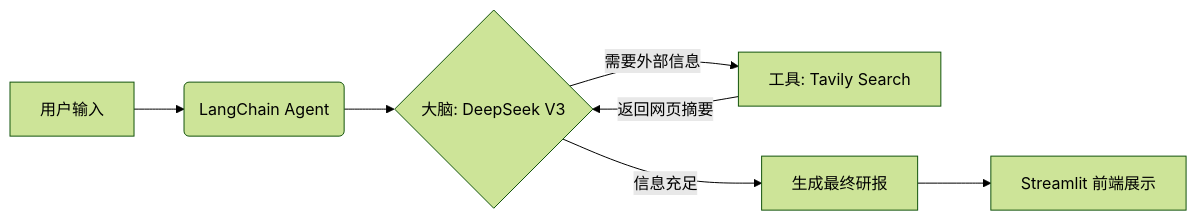
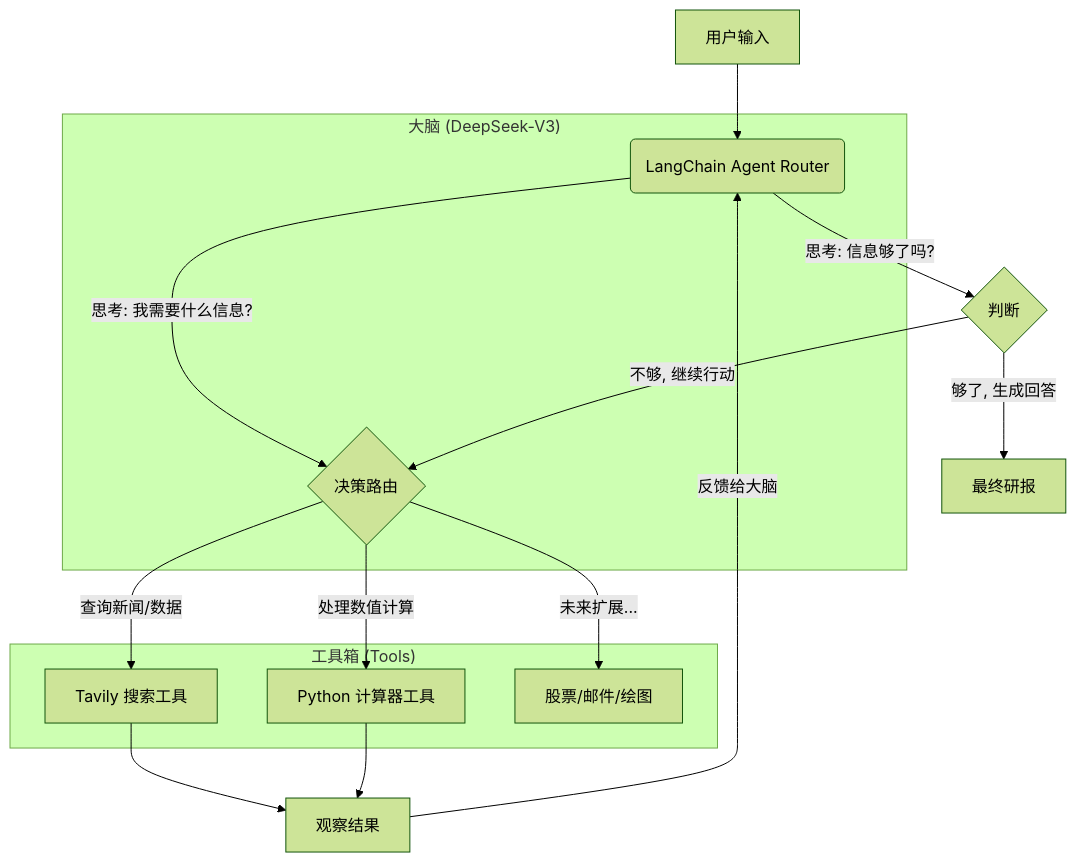
One commit to rgnp/DeepResearch-Week3 changed the diagram in README.md. Above: the diagram before and after it, drawn with Mermaid (forest theme). The commit also changed other lines of this file, not shown here.

````diff
--- a/README.md
+++ b/README.md
@@ -43,9 +47,23 @@
 ```mermaid
-graph LR
-    A[用户输入] --> B(LangChain Agent)
-    B --> C{大脑: DeepSeek V3}
-    C -- 需要外部信息 --> D[工具: Tavily Search]
-    D -- 返回网页摘要 --> C
-    C -- 信息充足 --> E[生成最终研报]
-    E --> F[Streamlit 前端展示]
+graph TD
+    User[用户输入] --> Agent(LangChain Agent Router)
+    
+    subgraph "大脑 (DeepSeek-V3)"
+        Agent -- 思考: 我需要什么信息? --> Router{决策路由}
+    end
+    
+    subgraph "工具箱 (Tools)"
+        Router -- "查询新闻/数据" --> ToolA[Tavily 搜索工具]
+        Router -- "处理数值计算" --> ToolB[Python 计算器工具]
+        Router -- "未来扩展..." --> ToolC[股票/邮件/绘图]
+    end
+    
+    ToolA --> Observation[观察结果]
+    ToolB --> Observation
+    
+    Observation -- 反馈给大脑 --> Agent
+    Agent -- 思考: 信息够了吗? --> Decision{判断}
+    Decision -- 不够, 继续行动 --> Router
+    Decision -- 够了, 生成回答 --> Final[最终研报]
+
 ```
````
